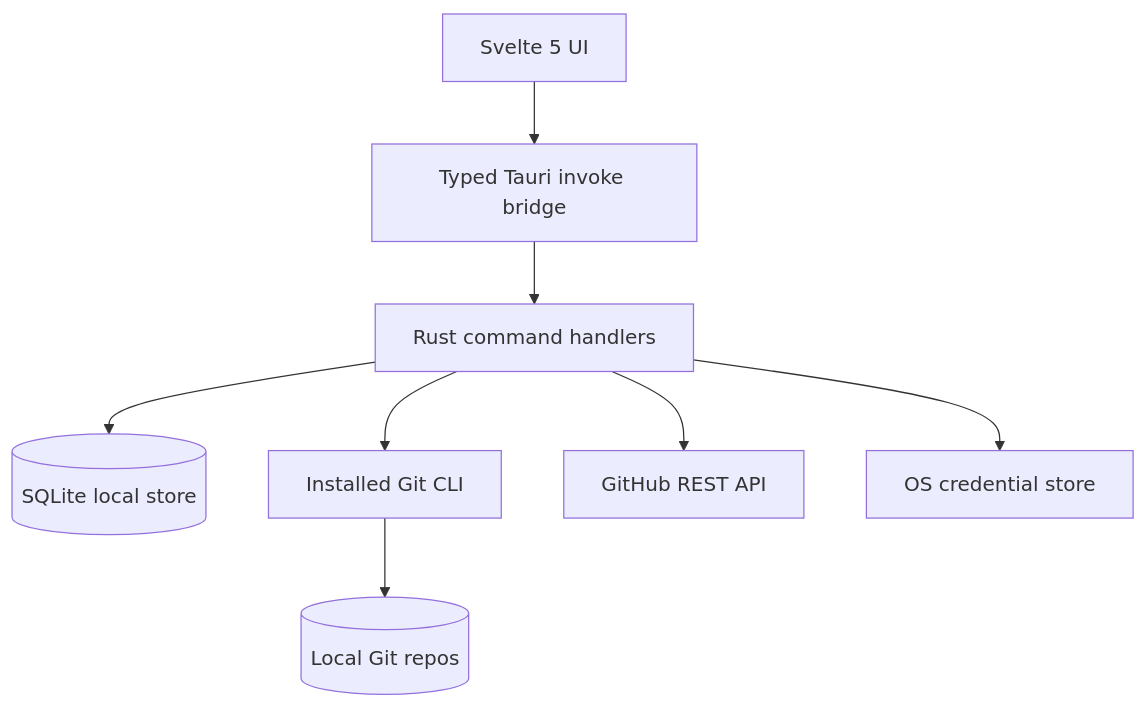
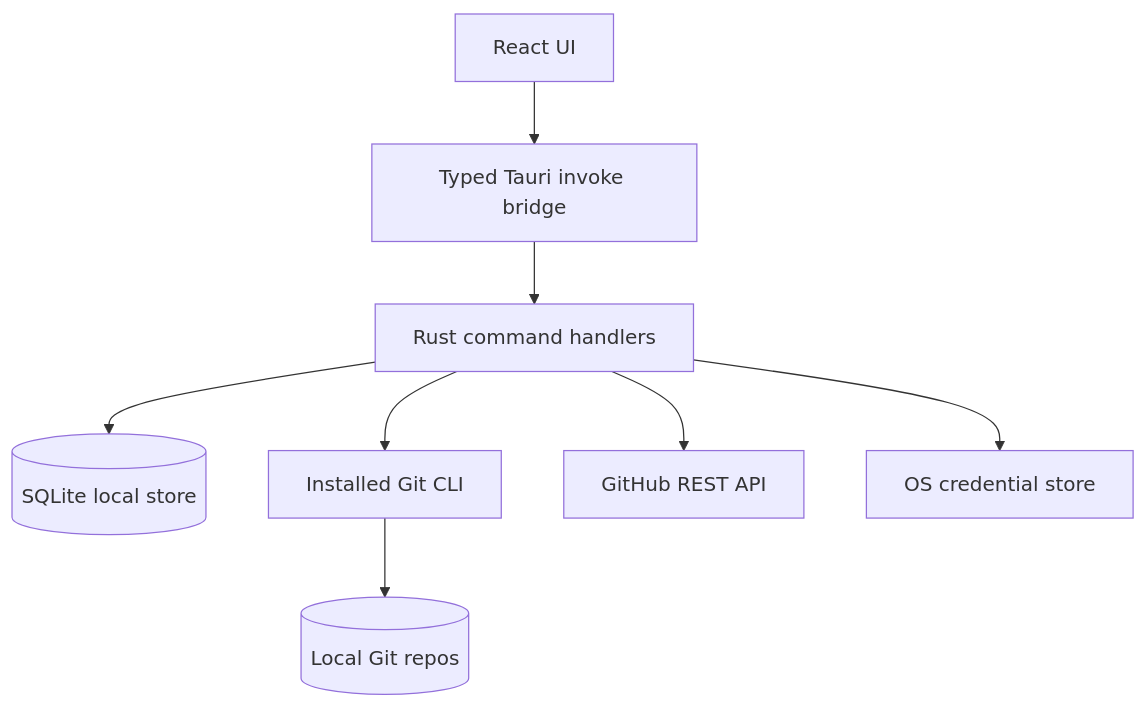
The diagram in docs/ARCHITECTURE.md (Louguerrier22/Reponiq), drawn with Mermaid before and after one commit. The commit also changed other lines of this file and 122 other files, not shown here.

````diff
--- a/docs/ARCHITECTURE.md
+++ b/docs/ARCHITECTURE.md
@@ -7,10 +7,10 @@
 ```mermaid
 flowchart TD
-    UI[Svelte 5 UI] --> API[Typed Tauri invoke bridge]
+    UI[React UI] --> API[Typed Tauri invoke bridge]
     API --> R[Rust command handlers]
     R --> DB[(SQLite local store)]
     R --> G[Installed Git CLI]
     R --> GH[GitHub REST API]
     R --> K[OS credential store]
     G --> REPOS[(Local Git repos)]
 ```
````
